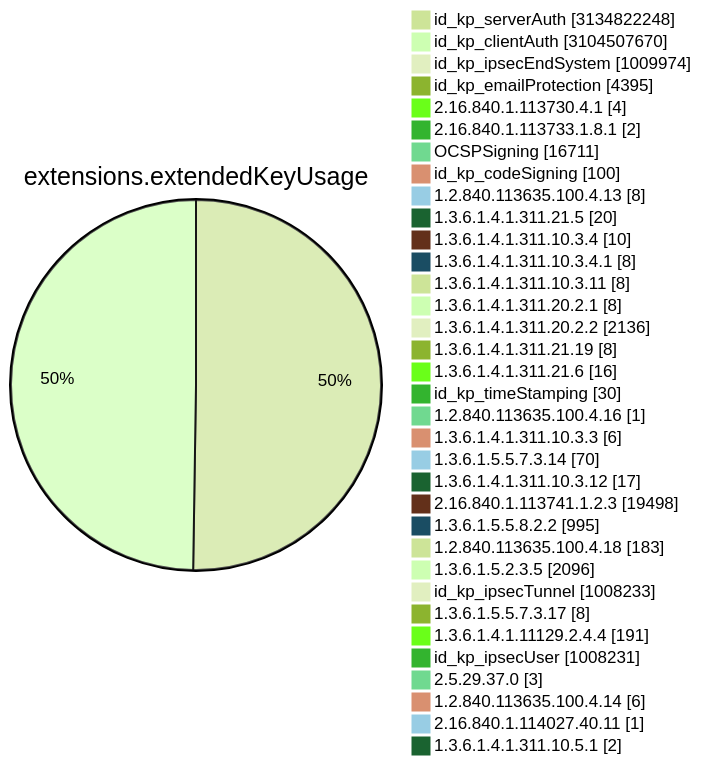
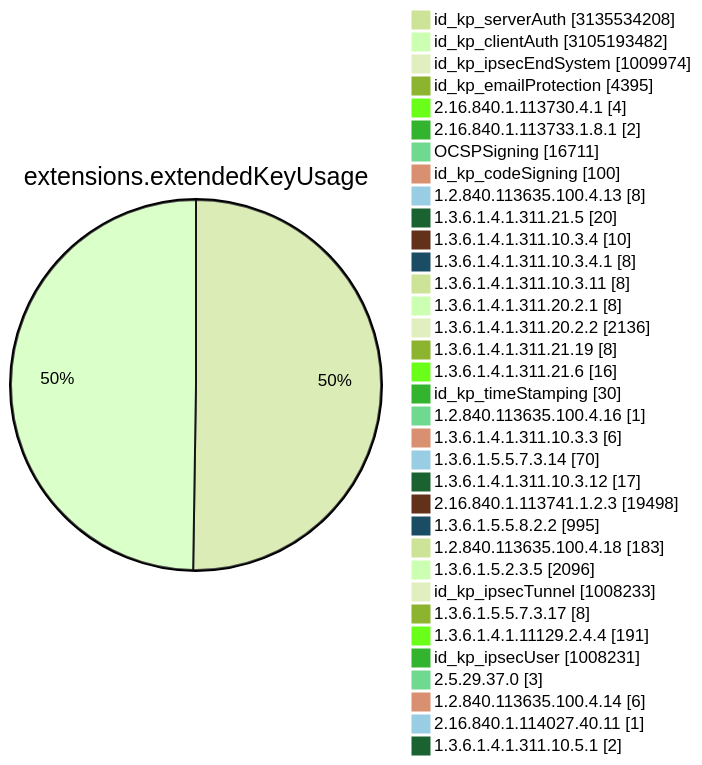
Before and after one commit to christiankrug/ctmonitor_visualization: diagram 11 of 15 in TOTAL/README.md, drawn with Mermaid (forest theme). The commit also changed other lines of this file, not shown here.

````diff
--- a/TOTAL/README.md
+++ b/TOTAL/README.md
@@ -4119,38 +4119,38 @@
 ```mermaid
 pie showData
 title extensions.extendedKeyUsage
-"id_kp_serverAuth" :3134822248
-"id_kp_clientAuth" :3104507670
+"id_kp_serverAuth" :3135534208
+"id_kp_clientAuth" :3105193482
 "id_kp_ipsecEndSystem" :1009974
 "id_kp_emailProtection" :4395
 "2.16.840.1.113730.4.1" :4
 "2.16.840.1.113733.1.8.1" :2
 "OCSPSigning" :16711
 "id_kp_codeSigning" :100
 "1.2.840.113635.100.4.13" :8
 "1.3.6.1.4.1.311.21.5" :20
 "1.3.6.1.4.1.311.10.3.4" :10
 "1.3.6.1.4.1.311.10.3.4.1" :8
 "1.3.6.1.4.1.311.10.3.11" :8
 "1.3.6.1.4.1.311.20.2.1" :8
 "1.3.6.1.4.1.311.20.2.2" :2136
 "1.3.6.1.4.1.311.21.19" :8
 "1.3.6.1.4.1.311.21.6" :16
 "id_kp_timeStamping" :30
 "1.2.840.113635.100.4.16" :1
 "1.3.6.1.4.1.311.10.3.3" :6
 "1.3.6.1.5.5.7.3.14" :70
 "1.3.6.1.4.1.311.10.3.12" :17
 "2.16.840.1.113741.1.2.3" :19498
 "1.3.6.1.5.5.8.2.2" :995
 "1.2.840.113635.100.4.18" :183
 "1.3.6.1.5.2.3.5" :2096
 "id_kp_ipsecTunnel" :1008233
 "1.3.6.1.5.5.7.3.17" :8
 "1.3.6.1.4.1.11129.2.4.4" :191
 "id_kp_ipsecUser" :1008231
 "2.5.29.37.0" :3
 "1.2.840.113635.100.4.14" :6
 "2.16.840.1.114027.40.11" :1
 "1.3.6.1.4.1.311.10.5.1" :2
 ```
````
